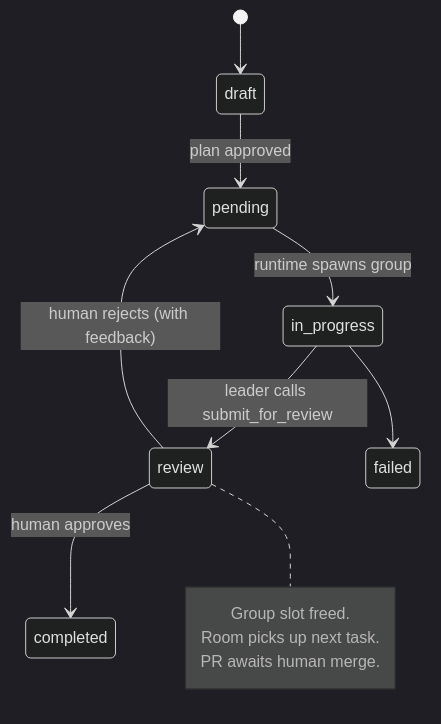
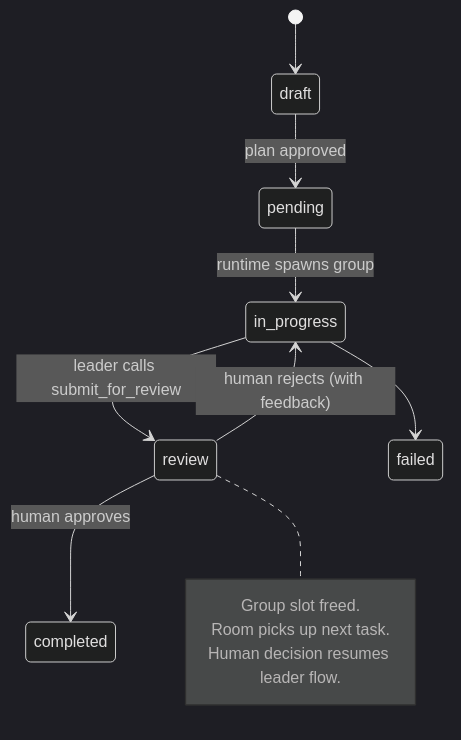
One commit to lsm/neokai changed the first of 3 diagrams in docs/design/pr-review-workflow.md. Above: the diagram before and after it, drawn with Mermaid (dark theme). The commit also changed other lines of this file and 26 other files, not shown here.

````diff
--- a/docs/design/pr-review-workflow.md
+++ b/docs/design/pr-review-workflow.md
@@ -12,16 +12,16 @@
 ```mermaid
 stateDiagram-v2
     [*] --> draft
     draft --> pending : plan approved
     pending --> in_progress : runtime spawns group
     in_progress --> review : leader calls submit_for_review
     in_progress --> failed
     review --> completed : human approves
-    review --> pending : human rejects (with feedback)
+    review --> in_progress : human rejects (with feedback)
 
     note right of review
         Group slot freed.
         Room picks up next task.
-        PR awaits human merge.
+        Human decision resumes leader flow.
     end note
 ```
````
